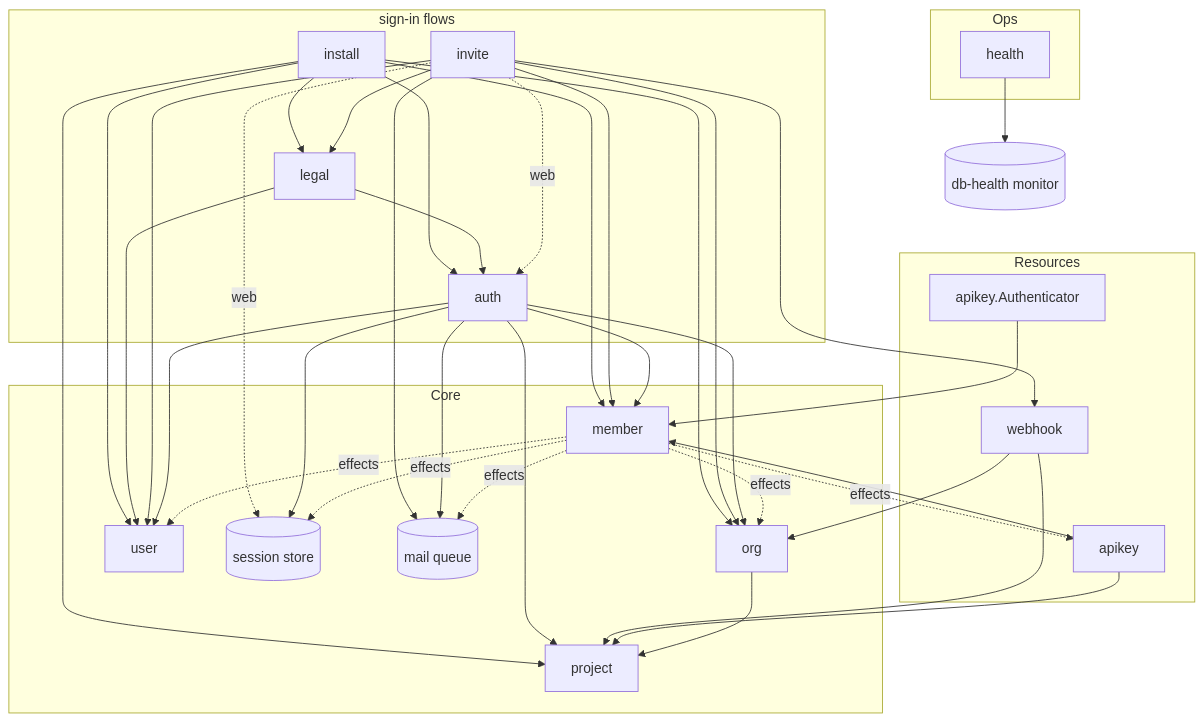
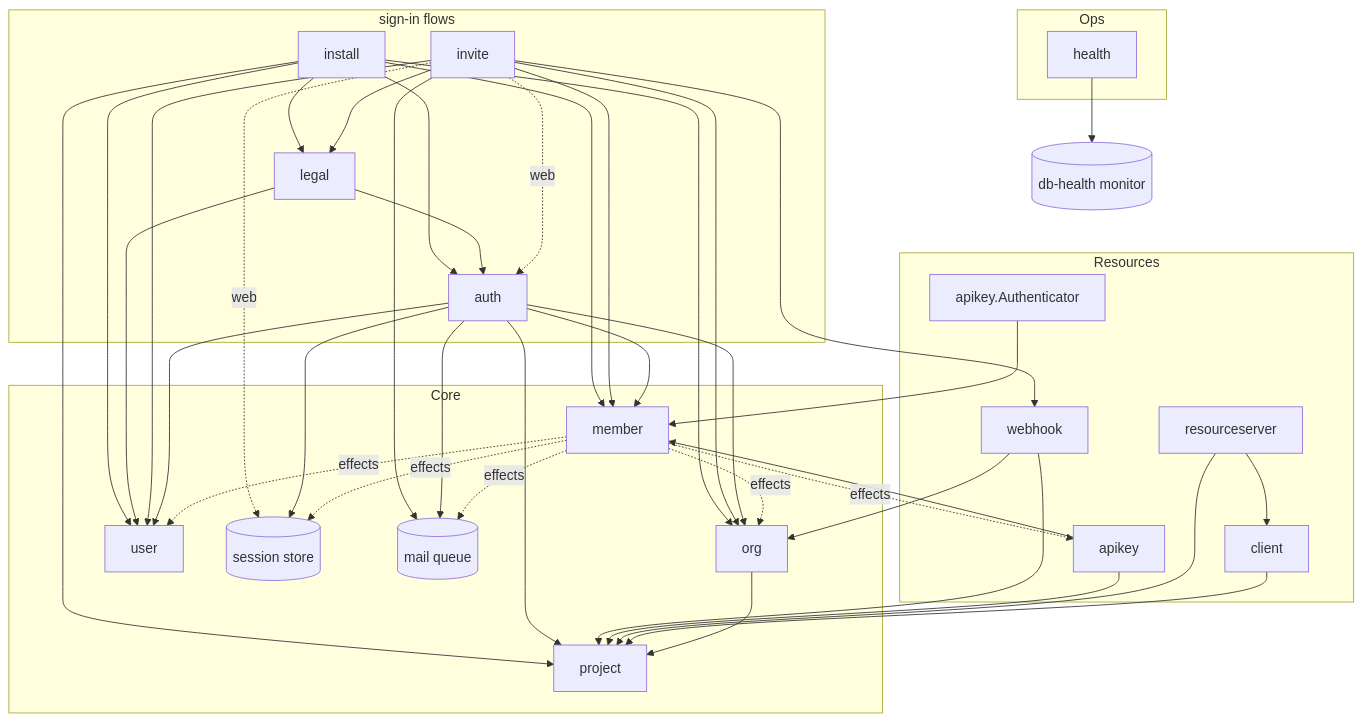
One commit to altalune-id/othra changed the third of 3 diagrams in internal/boot/README.md. Above: the diagram before and after it, drawn with Mermaid. The commit also changed other lines of this file and 104 other files, not shown here.

````diff
--- a/internal/boot/README.md
+++ b/internal/boot/README.md
@@ -120,41 +122,45 @@
 ```mermaid
 flowchart TD
     subgraph Flows["sign-in flows"]
         install
         legal
         auth
         invite
     end
     subgraph Ops
         health
     end
     subgraph Resources
         webhook
         apikey
         keyAuthn["apikey.Authenticator"]
+        resourceserver
+        client
     end
     subgraph Core
         org
         project
         member
         user
         sessions[(session store)]
         mailqueue[(mail queue)]
     end
 
     install --> auth
     legal --> auth
     install --> user & org & member & project & legal
     legal --> user
     invite --> member & user & org & mailqueue & webhook & legal
     invite -. web .-> auth & sessions
     auth --> user & member & org & project & sessions & mailqueue
 
     webhook --> project & org
     apikey --> project & member
     keyAuthn --> member
+    resourceserver --> project & client
+    client --> project
     member -. effects .-> sessions & apikey & user & org & mailqueue
     health --> dbh[(db-health monitor)]
 
     org --> project
 ```
````
